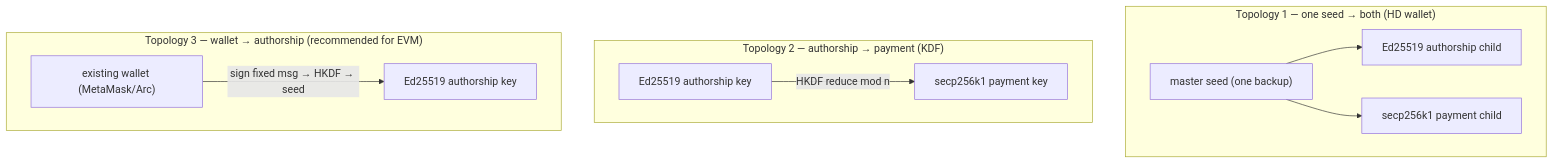
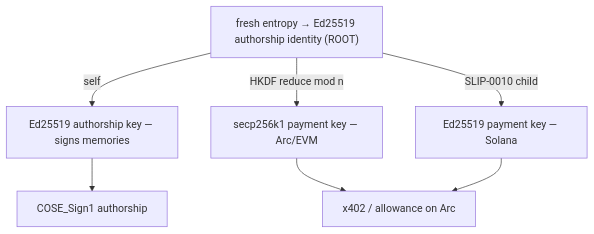
Before and after one commit to mnemonik-xyz/monorepo: the sixth of 9 diagrams in work/noncustodial-paradigm/design.md, drawn with Mermaid. The commit also changed other lines of this file, not shown here.

First line of the commit message:
docs(paradigm): §14 greenfield — no pre-existing keys, identity is the root

````diff
--- a/work/noncustodial-paradigm/design.md
+++ b/work/noncustodial-paradigm/design.md
@@ -333,13 +337,10 @@
 ```mermaid
 flowchart TB
-    subgraph T1["Topology 1 — one seed → both (HD wallet)"]
-      S["master seed (one backup)"] --> A1["Ed25519 authorship child"]
-      S --> P1["secp256k1 payment child"]
-    end
-    subgraph T2["Topology 2 — authorship → payment (KDF)"]
-      A2["Ed25519 authorship key"] -->|HKDF reduce mod n| P2["secp256k1 payment key"]
-    end
-    subgraph T3["Topology 3 — wallet → authorship (recommended for EVM)"]
-      W3["existing wallet (MetaMask/Arc)"] -->|sign fixed msg → HKDF → seed| A3["Ed25519 authorship key"]
-    end
+    SEED["fresh entropy → Ed25519 authorship identity (ROOT)"]
+    SEED -->|self| AUTH["Ed25519 authorship key — signs memories"]
+    SEED -->|HKDF reduce mod n| PAYEVM["secp256k1 payment key — Arc/EVM"]
+    SEED -->|SLIP-0010 child| PAYSOL["Ed25519 payment key — Solana"]
+    AUTH --> USE1["COSE_Sign1 authorship"]
+    PAYEVM --> USE2["x402 / allowance on Arc"]
+    PAYSOL --> USE2
 ```
````
